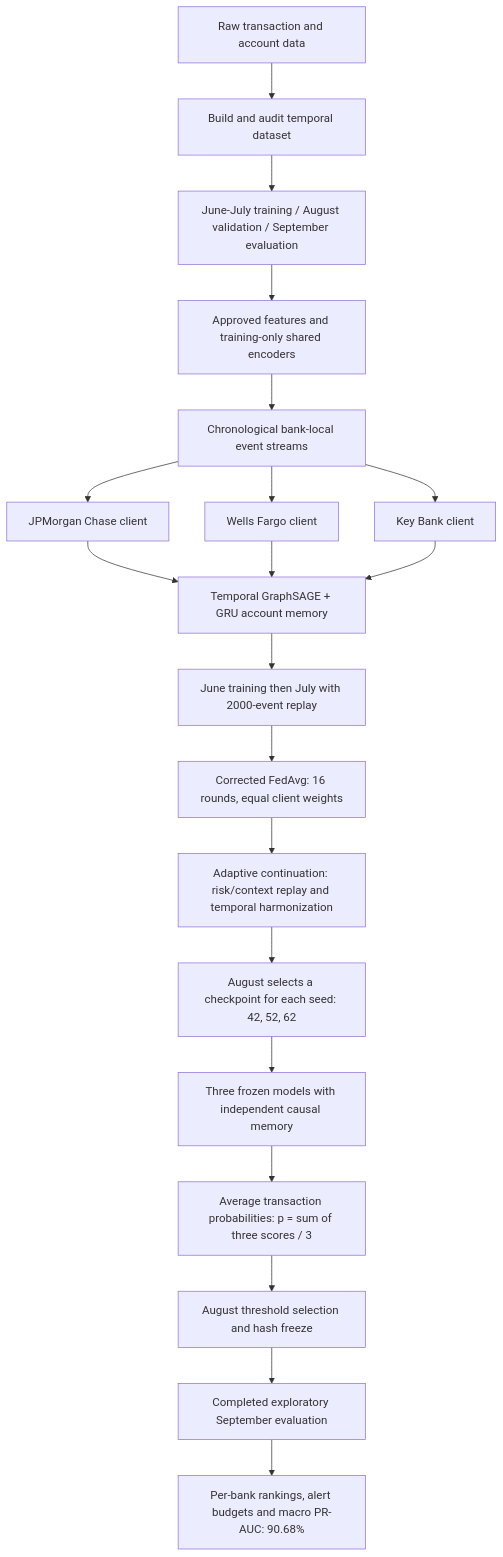
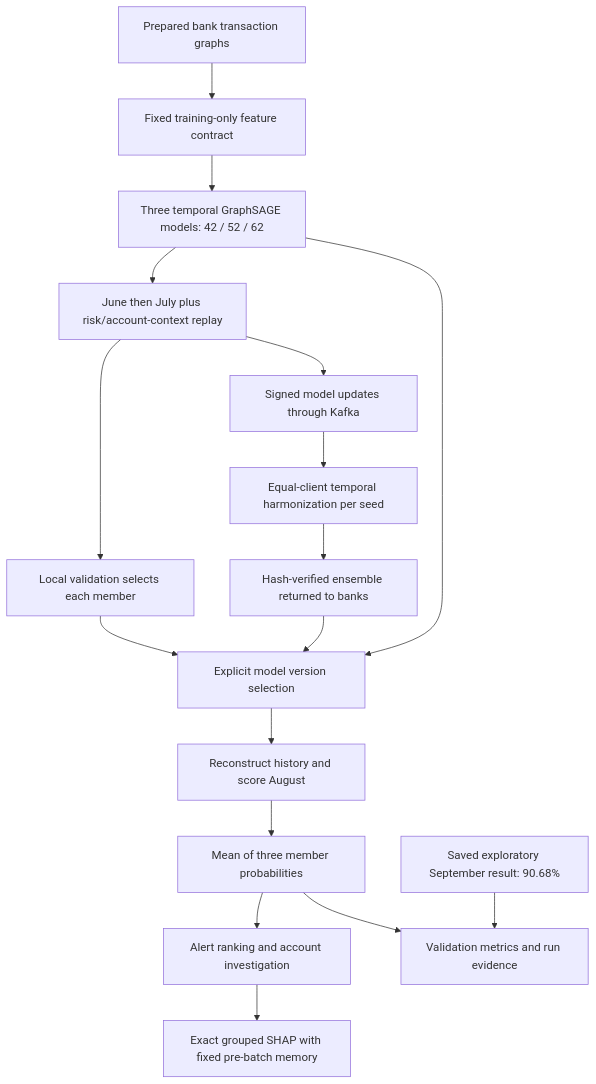
The diagram in README.md (AnshulBanda/Federated-Continual-Learning), drawn with Mermaid before and after one commit. The commit also changed other lines of this file and 31 other files, not shown here.

````diff
--- a/README.md
+++ b/README.md
@@ -132,22 +71,19 @@
 ```mermaid
 flowchart TD
-    A[Raw transaction and account data] --> B[Build and audit temporal dataset]
-    B --> C[June-July training / August validation / September evaluation]
-    C --> D[Approved features and training-only shared encoders]
-    D --> E[Chronological bank-local event streams]
-    E --> J[JPMorgan Chase client]
-    E --> W[Wells Fargo client]
-    E --> K[Key Bank client]
-    J --> L[Temporal GraphSAGE + GRU account memory]
-    W --> L
-    K --> L
-    L --> M[June training then July with 2000-event replay]
-    M --> N[Corrected FedAvg: 16 rounds, equal client weights]
-    N --> O[Adaptive continuation: risk/context replay and temporal harmonization]
-    O --> P[August selects a checkpoint for each seed: 42, 52, 62]
-    P --> Q[Three frozen models with independent causal memory]
-    Q --> R[Average transaction probabilities: p = sum of three scores / 3]
-    R --> S[August threshold selection and hash freeze]
-    S --> T[Completed exploratory September evaluation]
-    T --> U[Per-bank rankings, alert budgets and macro PR-AUC: 90.68%]
+    Data[Prepared bank transaction graphs] --> Schema[Fixed training-only feature contract]
+    Schema --> Members[Three temporal GraphSAGE models: 42 / 52 / 62]
+    Members --> Train[June then July plus risk/account-context replay]
+    Train --> Local[Local validation selects each member]
+    Train --> Send[Signed model updates through Kafka]
+    Send --> Central[Equal-client temporal harmonization per seed]
+    Central --> Receive[Hash-verified ensemble returned to banks]
+    Local --> Select[Explicit model version selection]
+    Receive --> Select
+    Members --> Select
+    Select --> Replay[Reconstruct history and score August]
+    Replay --> Average[Mean of three member probabilities]
+    Average --> Alerts[Alert ranking and account investigation]
+    Alerts --> XAI[Exact grouped SHAP with fixed pre-batch memory]
+    Average --> Results[Validation metrics and run evidence]
+    Saved[Saved exploratory September result: 90.68%] --> Results
 ```
````
